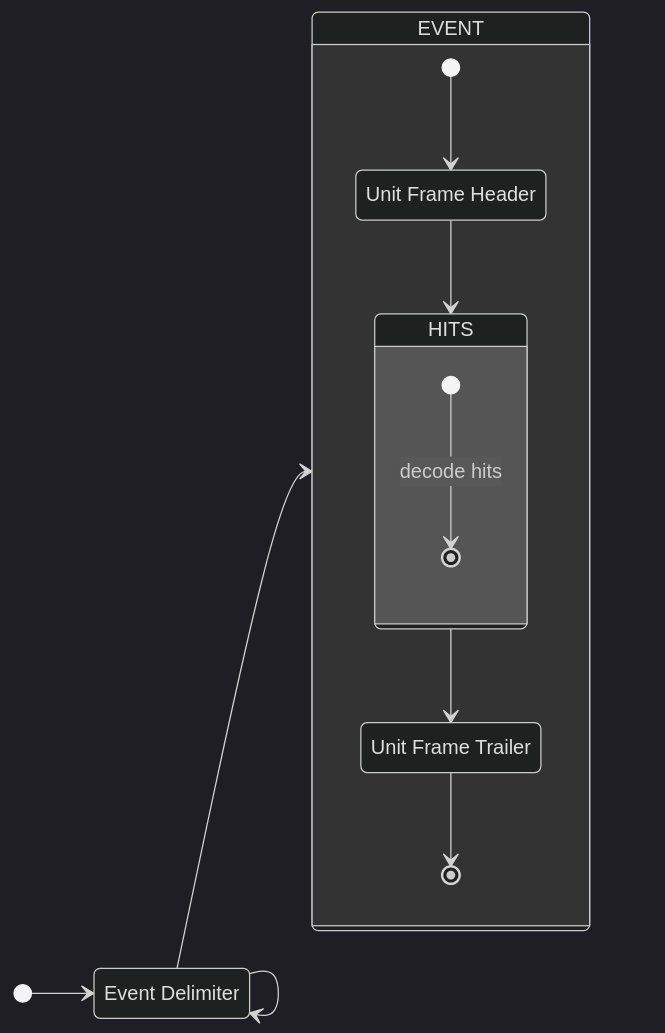
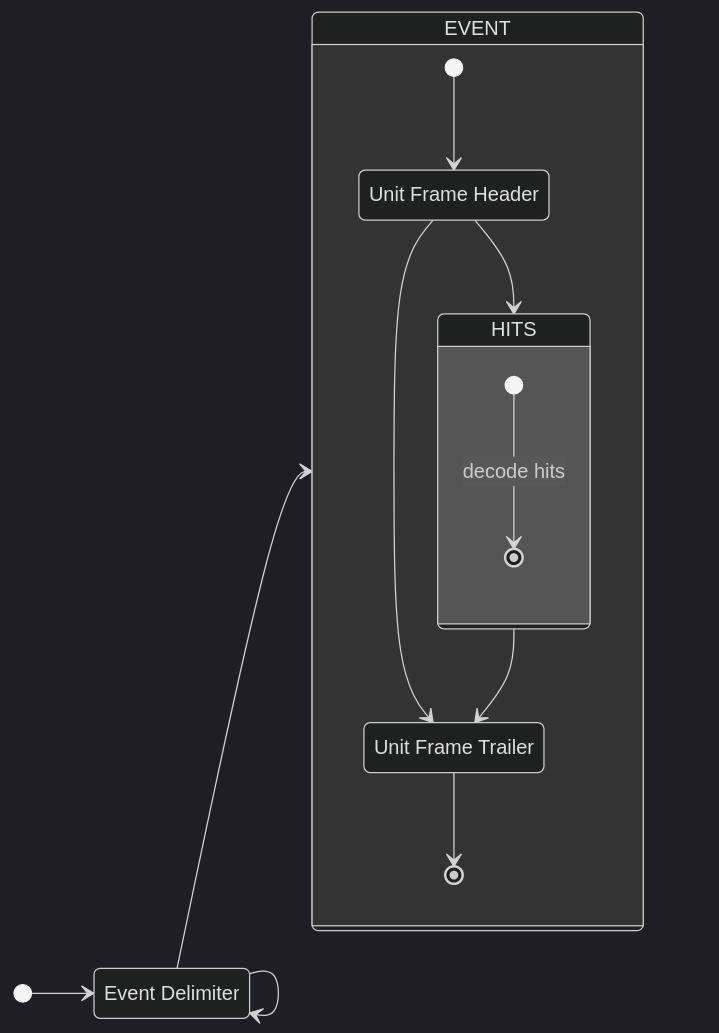
The second of 3 diagrams in README.md (CramBL/moss_decoder), drawn with Mermaid (dark theme) before and after one commit.

Commit message:
update event parser fsm with new legal transition

````diff
--- a/README.md
+++ b/README.md
@@ -143,29 +143,30 @@
 ```mermaid
 stateDiagram-v2
 direction LR
   delimiter : Event Delimiter
   frame_header : Unit Frame Header
   frame_trailer : Unit Frame Trailer
 
 
   [*] --> delimiter
   delimiter --> EVENT
   delimiter --> delimiter
 
   state EVENT {
 
     [*] --> frame_header
 
     frame_header --> HITS
+    frame_header --> frame_trailer
 
     state HITS {
       [*] --> [*] : decode hits
     }
 
     HITS --> frame_trailer
 
     frame_trailer --> [*]
 
   }
 
 ```
````
